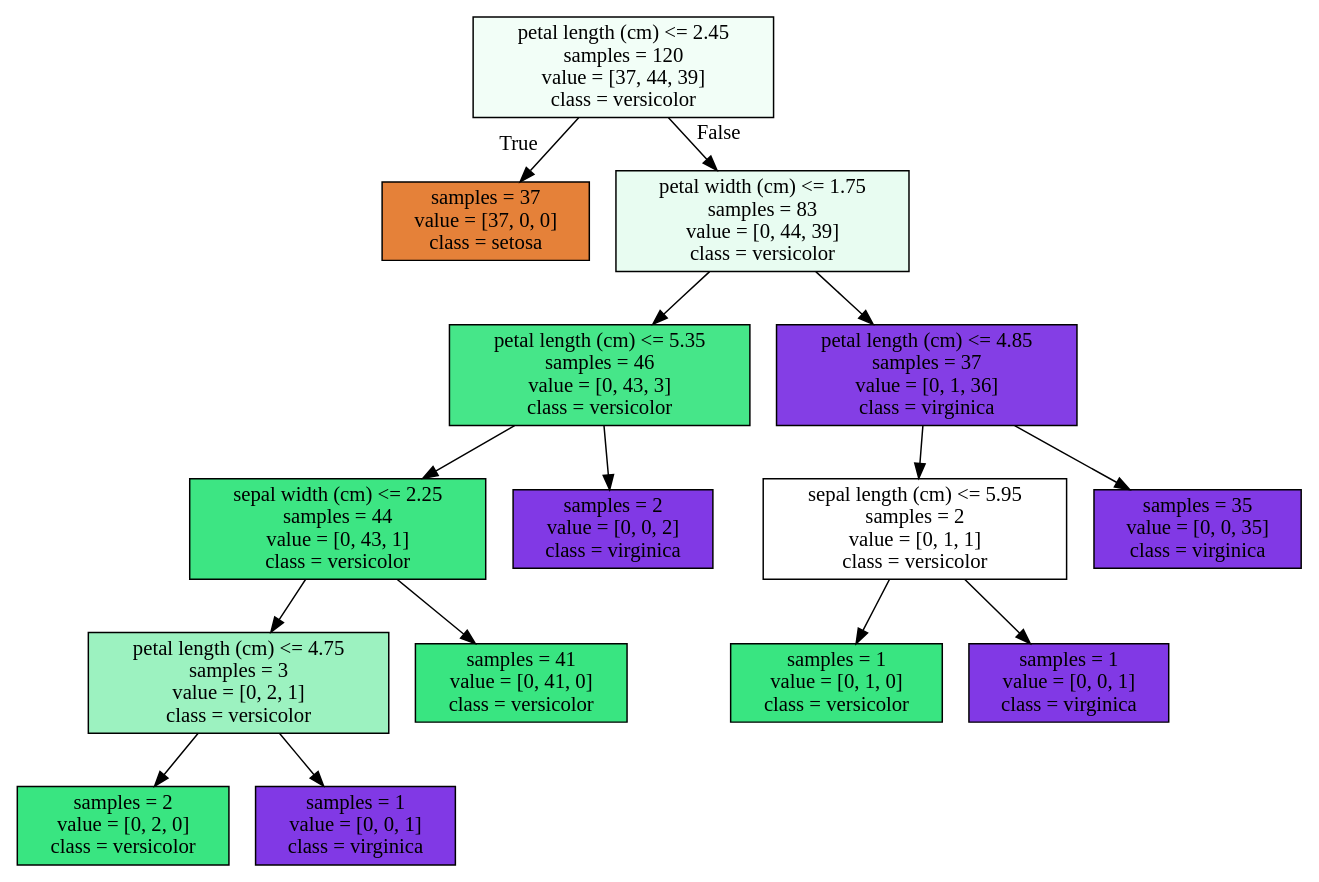
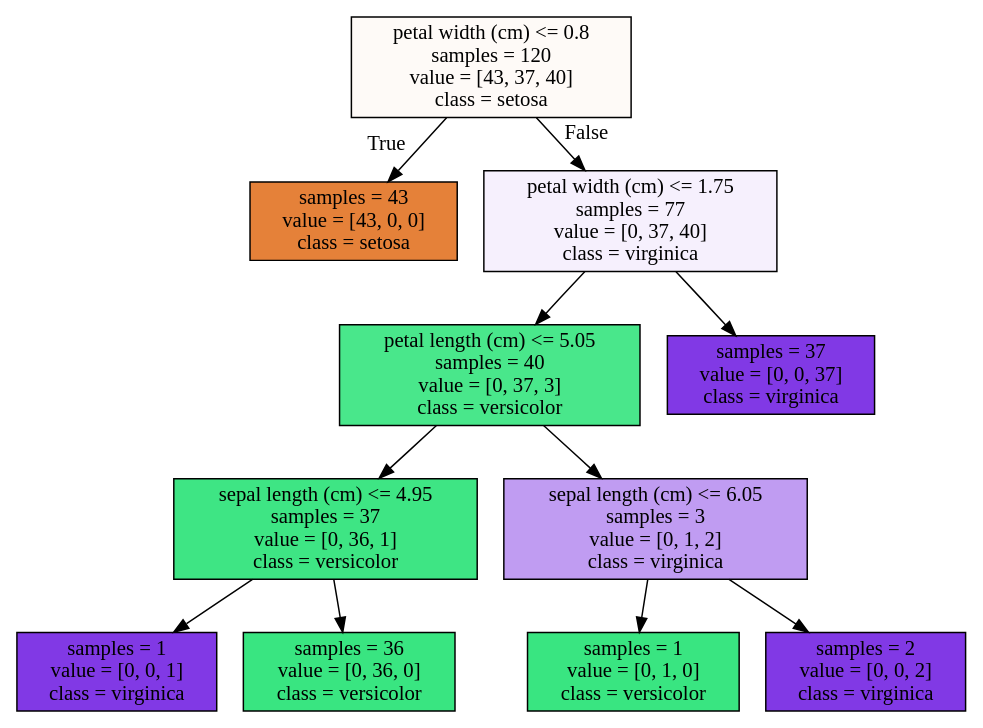
One commit to kendalvictor/codeando changed the diagram in machine_learning/AMPtech/arbol.dot. Above: the diagram before and after it, drawn with Graphviz. The commit also changed 72 other files, not shown here.

```diff
--- a/machine_learning/AMPtech/arbol.dot
+++ b/machine_learning/AMPtech/arbol.dot
@@ -1,32 +1,24 @@
 digraph Tree {
 node [shape=box, style="filled", color="black"] ;
-0 [label="petal length (cm) <= 2.45\nsamples = 120\nvalue = [37, 44, 39]\nclass = versicolor", fillcolor="#39e58110"] ;
-1 [label="samples = 37\nvalue = [37, 0, 0]\nclass = setosa", fillcolor="#e58139ff"] ;
+0 [label="petal width (cm) <= 0.8\nsamples = 120\nvalue = [43, 37, 40]\nclass = setosa", fillcolor="#e581390a"] ;
+1 [label="samples = 43\nvalue = [43, 0, 0]\nclass = setosa", fillcolor="#e58139ff"] ;
 0 -> 1 [labeldistance=2.5, labelangle=45, headlabel="True"] ;
-2 [label="petal width (cm) <= 1.75\nsamples = 83\nvalue = [0, 44, 39]\nclass = versicolor", fillcolor="#39e5811d"] ;
+2 [label="petal width (cm) <= 1.75\nsamples = 77\nvalue = [0, 37, 40]\nclass = virginica", fillcolor="#8139e513"] ;
 0 -> 2 [labeldistance=2.5, labelangle=-45, headlabel="False"] ;
-3 [label="petal length (cm) <= 5.35\nsamples = 46\nvalue = [0, 43, 3]\nclass = versicolor", fillcolor="#39e581ed"] ;
+3 [label="petal length (cm) <= 5.05\nsamples = 40\nvalue = [0, 37, 3]\nclass = versicolor", fillcolor="#39e581ea"] ;
 2 -> 3 ;
-4 [label="sepal width (cm) <= 2.25\nsamples = 44\nvalue = [0, 43, 1]\nclass = versicolor", fillcolor="#39e581f9"] ;
+4 [label="sepal length (cm) <= 4.95\nsamples = 37\nvalue = [0, 36, 1]\nclass = versicolor", fillcolor="#39e581f8"] ;
 3 -> 4 ;
-5 [label="petal length (cm) <= 4.75\nsamples = 3\nvalue = [0, 2, 1]\nclass = versicolor", fillcolor="#39e5817f"] ;
+5 [label="samples = 1\nvalue = [0, 0, 1]\nclass = virginica", fillcolor="#8139e5ff"] ;
 4 -> 5 ;
-6 [label="samples = 2\nvalue = [0, 2, 0]\nclass = versicolor", fillcolor="#39e581ff"] ;
-5 -> 6 ;
-7 [label="samples = 1\nvalue = [0, 0, 1]\nclass = virginica", fillcolor="#8139e5ff"] ;
-5 -> 7 ;
-8 [label="samples = 41\nvalue = [0, 41, 0]\nclass = versicolor", fillcolor="#39e581ff"] ;
-4 -> 8 ;
+6 [label="samples = 36\nvalue = [0, 36, 0]\nclass = versicolor", fillcolor="#39e581ff"] ;
+4 -> 6 ;
+7 [label="sepal length (cm) <= 6.05\nsamples = 3\nvalue = [0, 1, 2]\nclass = virginica", fillcolor="#8139e57f"] ;
+3 -> 7 ;
+8 [label="samples = 1\nvalue = [0, 1, 0]\nclass = versicolor", fillcolor="#39e581ff"] ;
+7 -> 8 ;
 9 [label="samples = 2\nvalue = [0, 0, 2]\nclass = virginica", fillcolor="#8139e5ff"] ;
-3 -> 9 ;
-10 [label="petal length (cm) <= 4.85\nsamples = 37\nvalue = [0, 1, 36]\nclass = virginica", fillcolor="#8139e5f8"] ;
+7 -> 9 ;
+10 [label="samples = 37\nvalue = [0, 0, 37]\nclass = virginica", fillcolor="#8139e5ff"] ;
 2 -> 10 ;
-11 [label="sepal length (cm) <= 5.95\nsamples = 2\nvalue = [0, 1, 1]\nclass = versicolor", fillcolor="#39e58100"] ;
-10 -> 11 ;
-12 [label="samples = 1\nvalue = [0, 1, 0]\nclass = versicolor", fillcolor="#39e581ff"] ;
-11 -> 12 ;
-13 [label="samples = 1\nvalue = [0, 0, 1]\nclass = virginica", fillcolor="#8139e5ff"] ;
-11 -> 13 ;
-14 [label="samples = 35\nvalue = [0, 0, 35]\nclass = virginica", fillcolor="#8139e5ff"] ;
-10 -> 14 ;
 }
```
